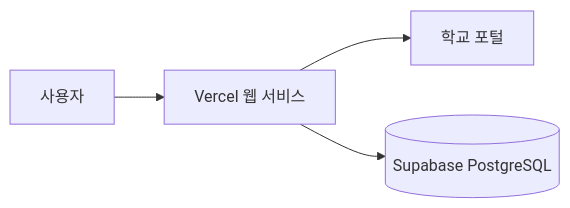
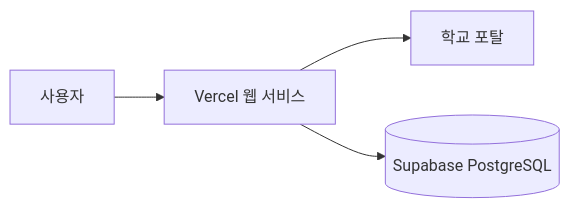
Before and after one commit to altius03/cbu-dorm-automation: the diagram in README.md, drawn with Mermaid. The commit also changed other lines of this file and 8 other files, not shown here.

````diff
--- a/README.md
+++ b/README.md
@@ -24,6 +24,6 @@
 ```mermaid
 flowchart LR
     U[사용자] --> V[Vercel 웹 서비스]
-    V --> P[학교 포털]
+    V --> P[학교 포탈]
     V --> S[(Supabase PostgreSQL)]
 ```
````
